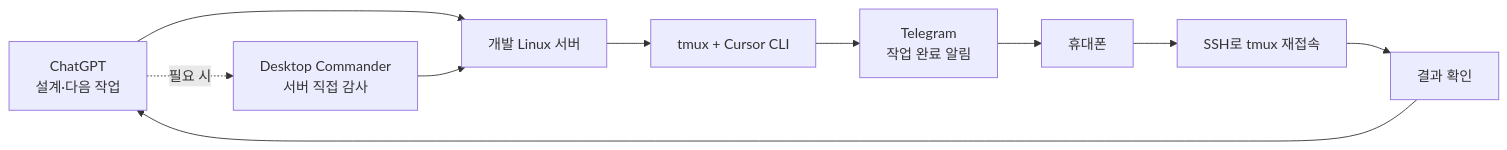
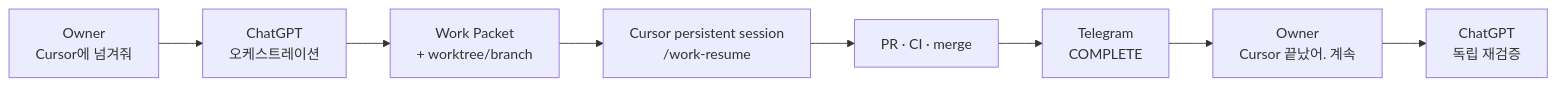
One commit to datarelay-labs/engineering-system-docs changed the first of 2 diagrams in ko/mobile-remote-workflow.mdx. Above: the diagram before and after it, drawn with Mermaid. The commit also changed other lines of this file and 7 other files, not shown here.

First line of the commit message:
docs(ko): document ChatGPT Cursor CLI handoff and live session viewing

```diff
--- a/ko/mobile-remote-workflow.mdx
+++ b/ko/mobile-remote-workflow.mdx
@@ -25,12 +56,10 @@
 ~~~mermaid
 flowchart LR
-    C["ChatGPT<br/>설계·다음 작업"] --> L["개발 Linux 서버"]
-    L --> X["tmux + Cursor CLI"]
-    X --> T["Telegram<br/>작업 완료 알림"]
-    T --> P["휴대폰"]
-    P --> S["SSH로 tmux 재접속"]
-    S --> R["결과 확인"]
-    R --> C
-    C -. 필요 시 .-> D["Desktop Commander<br/>서버 직접 감사"]
-    D --> L
+    O["Owner<br/>Cursor에 넘겨줘"] --> C["ChatGPT<br/>오케스트레이션"]
+    C --> W["Work Packet<br/>+ worktree/branch"]
+    W --> P["Cursor persistent session<br/>/work-resume"]
+    P --> G["PR · CI · merge"]
+    G --> T["Telegram<br/>COMPLETE"]
+    T --> O2["Owner<br/>Cursor 끝났어. 계속"]
+    O2 --> C2["ChatGPT<br/>독립 재검증"]
 ~~~
```
